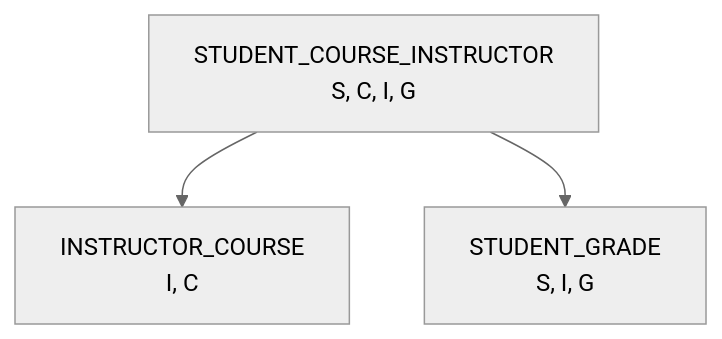
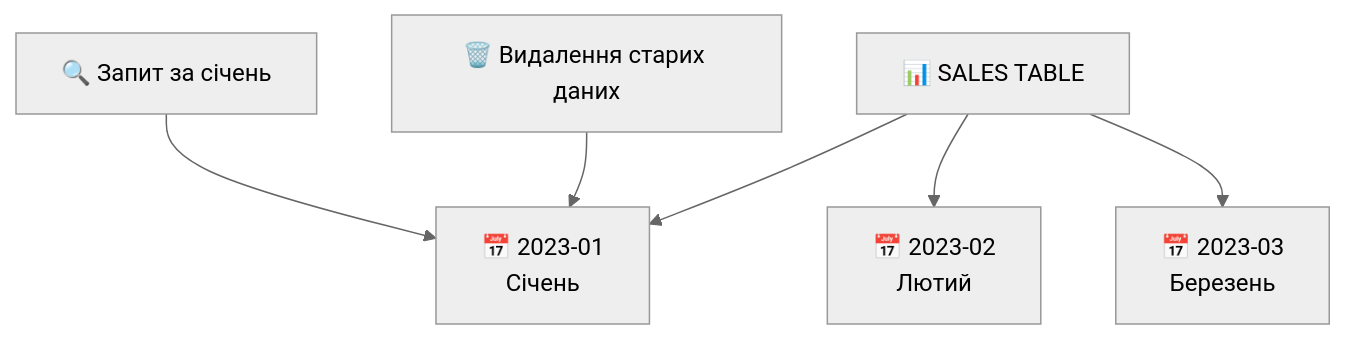
Before and after one commit to olroi421/course-bd: the seventh of 10 diagrams in presentations/presentation-06.md, drawn with Mermaid (neutral theme). The commit also changed other lines of this file and 12 other files, not shown here.

````diff
--- a/presentations/presentation-06.md
+++ b/presentations/presentation-06.md
@@ -552,5 +440,9 @@
 ```mermaid
 graph TD
-    A[STUDENT_COURSE_INSTRUCTOR<br/>S, C, I, G] --> B[INSTRUCTOR_COURSE<br/>I, C]
-    A --> C[STUDENT_GRADE<br/>S, I, G]
+    A[📊 SALES TABLE] --> B[📅 2023-01<br/>Січень]
+    A --> C[📅 2023-02<br/>Лютий]
+    A --> D[📅 2023-03<br/>Березень]
+
+    E[🔍 Запит за січень] --> B
+    F[🗑️ Видалення старих даних] --> B
 ```
````
